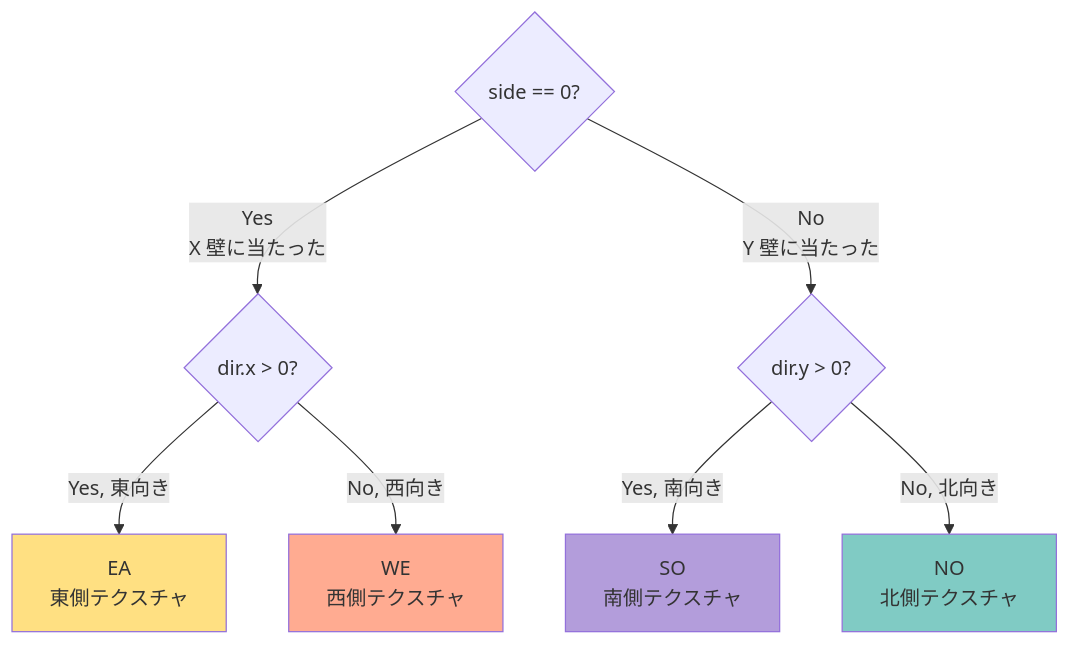
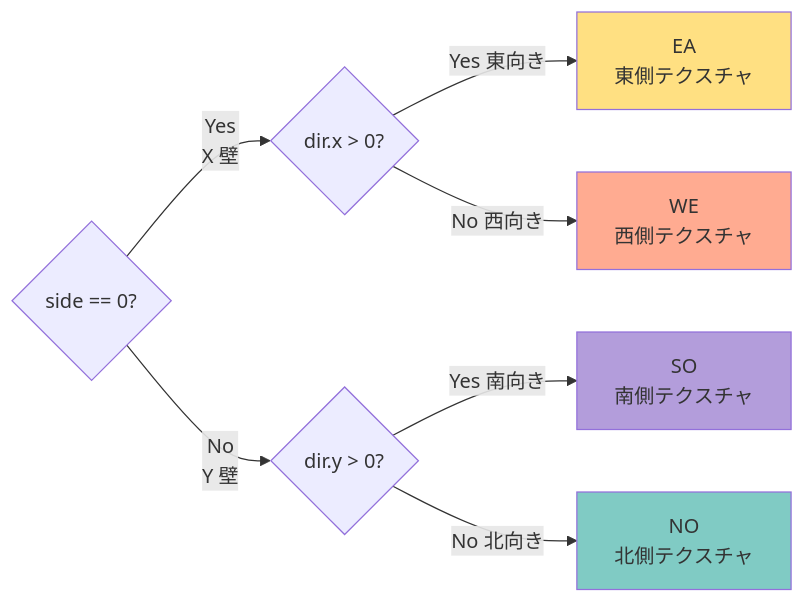
Before and after one commit to Tsunanko/cub3d-guide: the fourth of 4 diagrams in docs/05-camera.md, drawn with Mermaid. The commit also changed other lines of this file and 6 other files, not shown here.

First line of the commit message:
Make Mermaid diagrams fill viewport width and convert vertical flowcharts to horizontal

````diff
--- a/docs/05-camera.md
+++ b/docs/05-camera.md
@@ -174,15 +168,15 @@
 ```mermaid
-flowchart TD
+flowchart LR
     S{side == 0?}
-    S -- Yes<br>X 壁に当たった --> D1{dir.x > 0?}
-    S -- No<br>Y 壁に当たった --> D2{dir.y > 0?}
-    D1 -- Yes, 東向き --> EA[EA<br>東側テクスチャ]
-    D1 -- No, 西向き --> WE[WE<br>西側テクスチャ]
-    D2 -- Yes, 南向き --> SO[SO<br>南側テクスチャ]
-    D2 -- No, 北向き --> NO[NO<br>北側テクスチャ]
+    S -->|Yes<br>X 壁| D1{dir.x > 0?}
+    S -->|No<br>Y 壁| D2{dir.y > 0?}
+    D1 -->|Yes 東向き| EA[EA<br>東側テクスチャ]
+    D1 -->|No 西向き| WE[WE<br>西側テクスチャ]
+    D2 -->|Yes 南向き| SO[SO<br>南側テクスチャ]
+    D2 -->|No 北向き| NO[NO<br>北側テクスチャ]
 
     style EA fill:#FFE082
     style WE fill:#FFAB91
     style SO fill:#B39DDB
     style NO fill:#80CBC4
 ```
````
